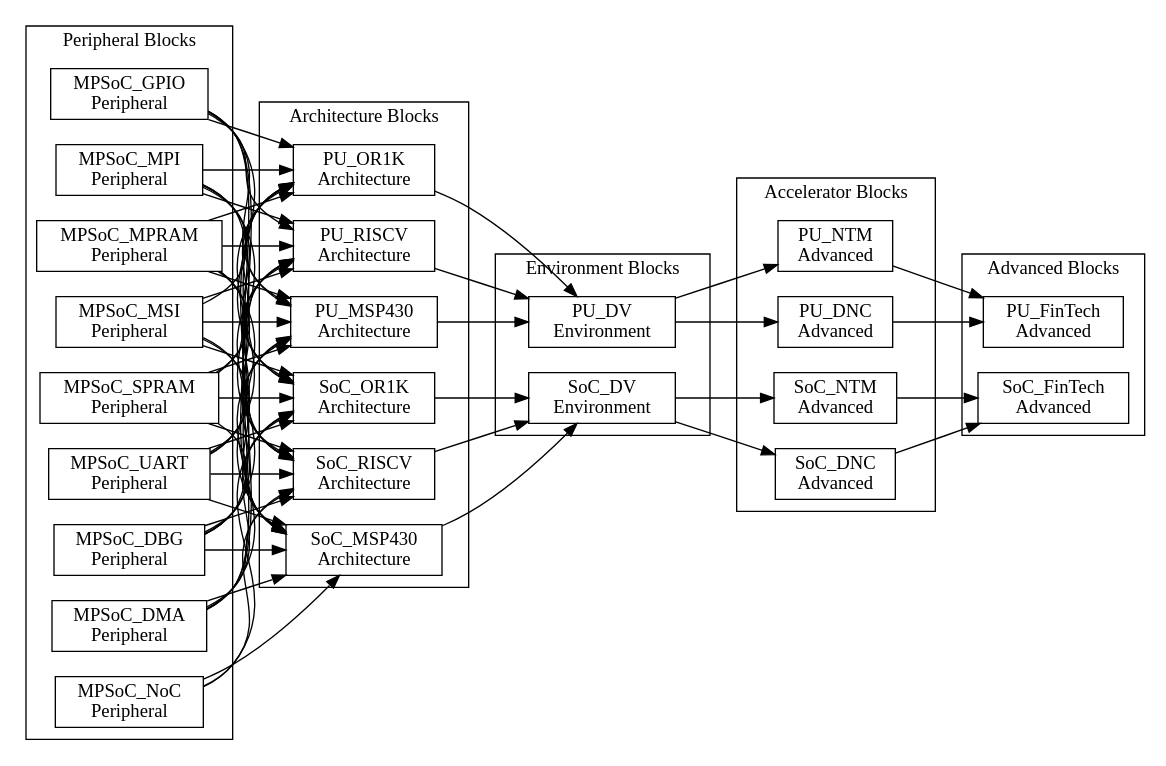
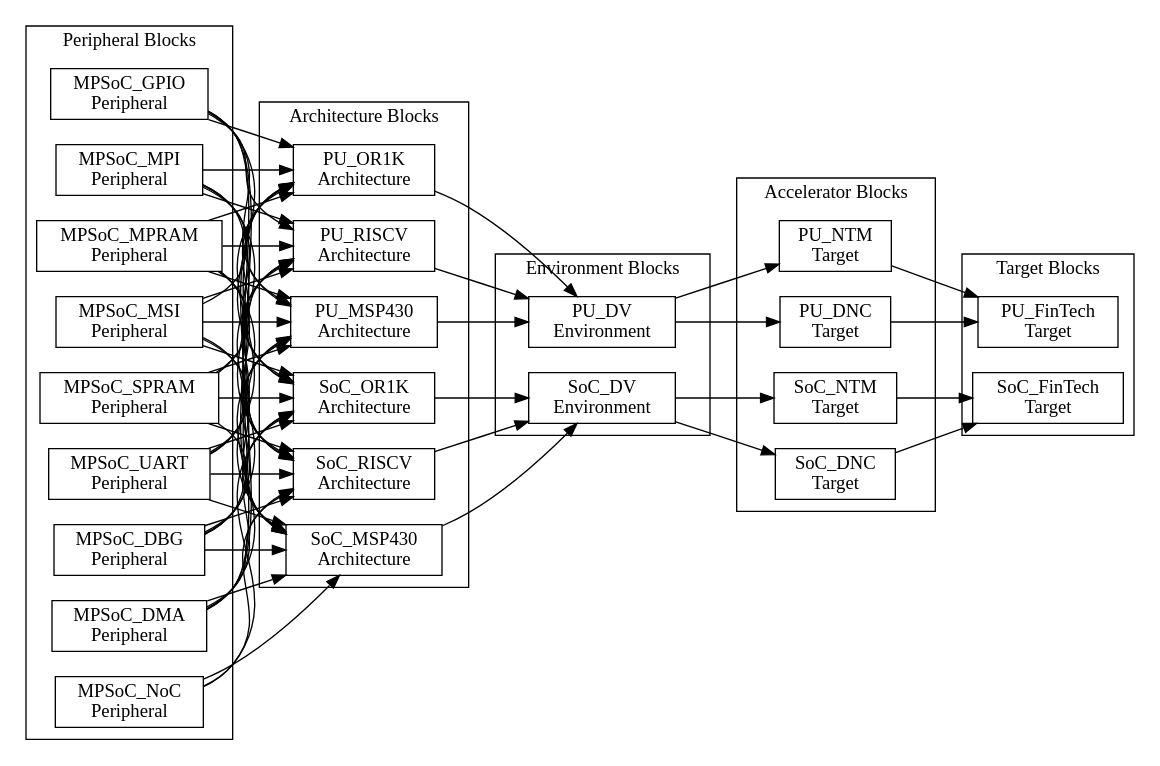
The diagram in doc/book/assets/chapter4/dependences-soc-fintech.dot (PacoReinaCampo/SoC-RTOS), drawn with Graphviz before and after one commit. The commit also changed 244 other files, not shown here.

```diff
--- a/doc/book/assets/chapter4/dependences-soc-fintech.dot
+++ b/doc/book/assets/chapter4/dependences-soc-fintech.dot
@@ -1,132 +1,132 @@
 digraph Project {
   // Introduction
   graph [rankdir = LR];
   node[shape=record];
 
   // Peripheral Blocks
   subgraph "cluster PeripheralBlocks" { label = "Peripheral Blocks";
     MPSoC_DBG[label="MPSoC_DBG \nPeripheral"];
     MPSoC_DMA[label="MPSoC_DMA \nPeripheral"];
     MPSoC_GPIO[label="MPSoC_GPIO \nPeripheral"];
     MPSoC_MPI[label="MPSoC_MPI \nPeripheral"];
     MPSoC_MPRAM[label="MPSoC_MPRAM \nPeripheral"];
     MPSoC_MSI[label="MPSoC_MSI \nPeripheral"];
     MPSoC_NoC[label="MPSoC_NoC \nPeripheral"];
     MPSoC_SPRAM[label="MPSoC_SPRAM \nPeripheral"];
     MPSoC_UART[label="MPSoC_UART \nPeripheral"];
   }
 
   // Architecture Blocks
   subgraph "cluster ArchitectureBlocks" { label = "Architecture Blocks";
     SoC_MSP430[label="SoC_MSP430 \nArchitecture"];
     SoC_OR1K[label="SoC_OR1K \nArchitecture"];
     SoC_RISCV[label="SoC_RISCV \nArchitecture"];
     PU_MSP430[label="PU_MSP430 \nArchitecture"];
     PU_OR1K[label="PU_OR1K \nArchitecture"];
     PU_RISCV[label="PU_RISCV \nArchitecture"];
   }
 
   // Environment Blocks
   subgraph "cluster EnvironmentBlocks" { label = "Environment Blocks";
     SoC_DV[label="SoC_DV \nEnvironment"];
     PU_DV[label="PU_DV \nEnvironment"];
   }
 
   // Accelerator Blocks
   subgraph "cluster AcceleratorBlocks" { label = "Accelerator Blocks";
-    SoC_NTM[label="SoC_NTM \nAdvanced"];
-    PU_NTM[label="PU_NTM \nAdvanced"];
+    SoC_NTM[label="SoC_NTM \nTarget"];
+    PU_NTM[label="PU_NTM \nTarget"];
 
-    SoC_DNC[label="SoC_DNC \nAdvanced"];
-    PU_DNC[label="PU_DNC \nAdvanced"];
+    SoC_DNC[label="SoC_DNC \nTarget"];
+    PU_DNC[label="PU_DNC \nTarget"];
   }
 
-  // Advanced Blocks
-  subgraph "cluster AdvancedBlocks" { label = "Advanced Blocks";
-    SoC_FinTech[label="SoC_FinTech \nAdvanced"];
-    PU_FinTech[label="PU_FinTech \nAdvanced"];
+  // Target Blocks
+  subgraph "cluster TargetBlocks" { label = "Target Blocks";
+    SoC_FinTech[label="SoC_FinTech \nTarget"];
+    PU_FinTech[label="PU_FinTech \nTarget"];
   }
 
   // Peripheral -> Architecture
   MPSoC_DBG -> SoC_MSP430;
   MPSoC_DMA -> SoC_MSP430;
   MPSoC_GPIO -> SoC_MSP430;
   MPSoC_MPI -> SoC_MSP430;
   MPSoC_MPRAM -> SoC_MSP430;
   MPSoC_MSI -> SoC_MSP430;
   MPSoC_NoC -> SoC_MSP430;
   MPSoC_SPRAM -> SoC_MSP430;
   MPSoC_UART -> SoC_MSP430;
 
   MPSoC_DBG -> PU_MSP430;
   MPSoC_DMA -> PU_MSP430;
   MPSoC_GPIO -> PU_MSP430;
   MPSoC_MPI -> PU_MSP430;
   MPSoC_MPRAM -> PU_MSP430;
   MPSoC_MSI -> PU_MSP430;
   MPSoC_SPRAM -> PU_MSP430;
   MPSoC_UART -> PU_MSP430;
 
 
   MPSoC_DBG -> SoC_OR1K;
   MPSoC_DMA -> SoC_OR1K;
   MPSoC_GPIO -> SoC_OR1K;
   MPSoC_MPI -> SoC_OR1K;
   MPSoC_MPRAM -> SoC_OR1K;
   MPSoC_MSI -> SoC_OR1K;
   MPSoC_NoC -> SoC_OR1K;
   MPSoC_SPRAM -> SoC_OR1K;
   MPSoC_UART -> SoC_OR1K;
 
   MPSoC_DBG -> PU_OR1K;
   MPSoC_DMA -> PU_OR1K;
   MPSoC_GPIO -> PU_OR1K;
   MPSoC_MPI -> PU_OR1K;
   MPSoC_MPRAM -> PU_OR1K;
   MPSoC_MSI -> PU_OR1K;
   MPSoC_SPRAM -> PU_OR1K;
   MPSoC_UART -> PU_OR1K;
 
 
   MPSoC_DBG -> SoC_RISCV;
   MPSoC_DMA -> SoC_RISCV;
   MPSoC_GPIO -> SoC_RISCV;
   MPSoC_MPI -> SoC_RISCV;
   MPSoC_MPRAM -> SoC_RISCV;
   MPSoC_MSI -> SoC_RISCV;
   MPSoC_NoC -> SoC_RISCV;
   MPSoC_SPRAM -> SoC_RISCV;
   MPSoC_UART -> SoC_RISCV;
 
   MPSoC_DBG -> PU_RISCV;
   MPSoC_DMA -> PU_RISCV;
   MPSoC_GPIO -> PU_RISCV;
   MPSoC_MPI -> PU_RISCV;
   MPSoC_MPRAM -> PU_RISCV;
   MPSoC_MSI -> PU_RISCV;
   MPSoC_SPRAM -> PU_RISCV;
   MPSoC_UART -> PU_RISCV;
 
   // Architecture -> Environment
   PU_MSP430 -> PU_DV;
   PU_OR1K -> PU_DV;
   PU_RISCV -> PU_DV;
 
   SoC_MSP430 -> SoC_DV;
   SoC_OR1K -> SoC_DV;
   SoC_RISCV -> SoC_DV;
 
   // Environment -> Accelerator
   PU_DV -> PU_NTM;
   PU_DV -> PU_DNC;
 
   SoC_DV -> SoC_NTM;
   SoC_DV -> SoC_DNC;
 
-  // Accelerator -> Advanced
+  // Accelerator -> Target
   PU_NTM -> PU_FinTech;
   PU_DNC -> PU_FinTech;
 
   SoC_NTM -> SoC_FinTech;
   SoC_DNC -> SoC_FinTech;
 }
```
